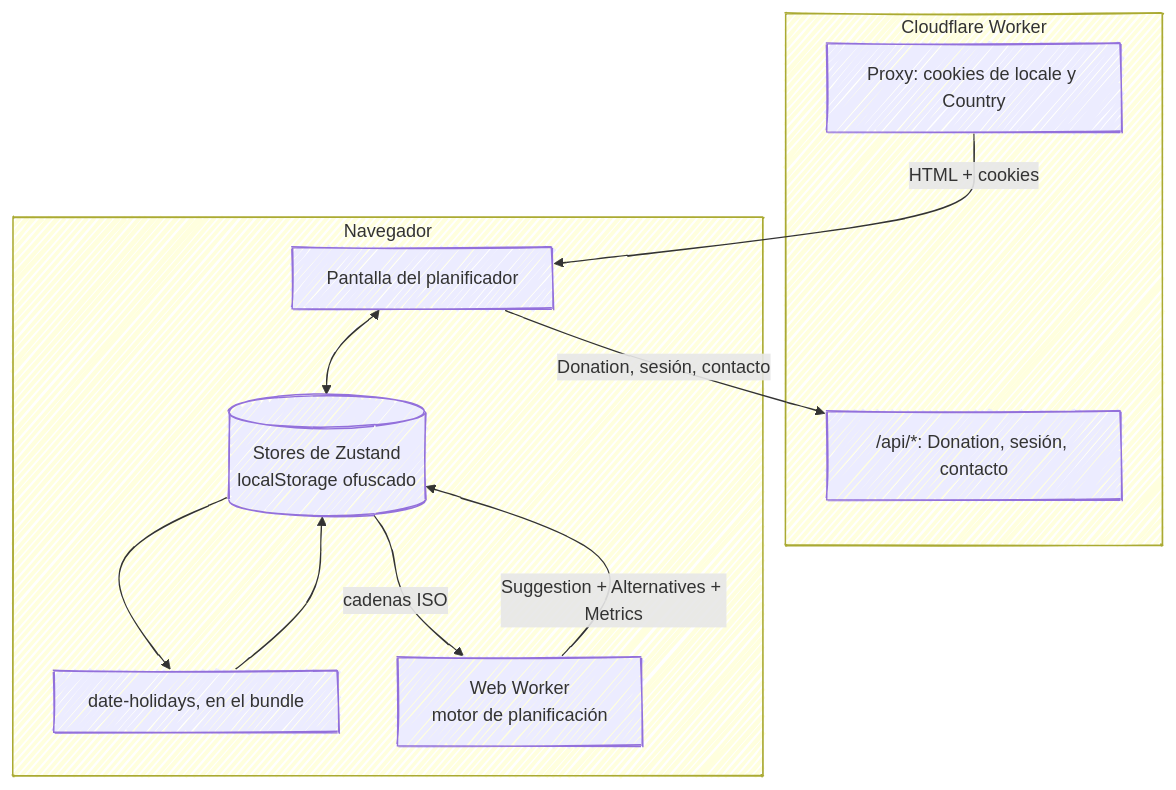
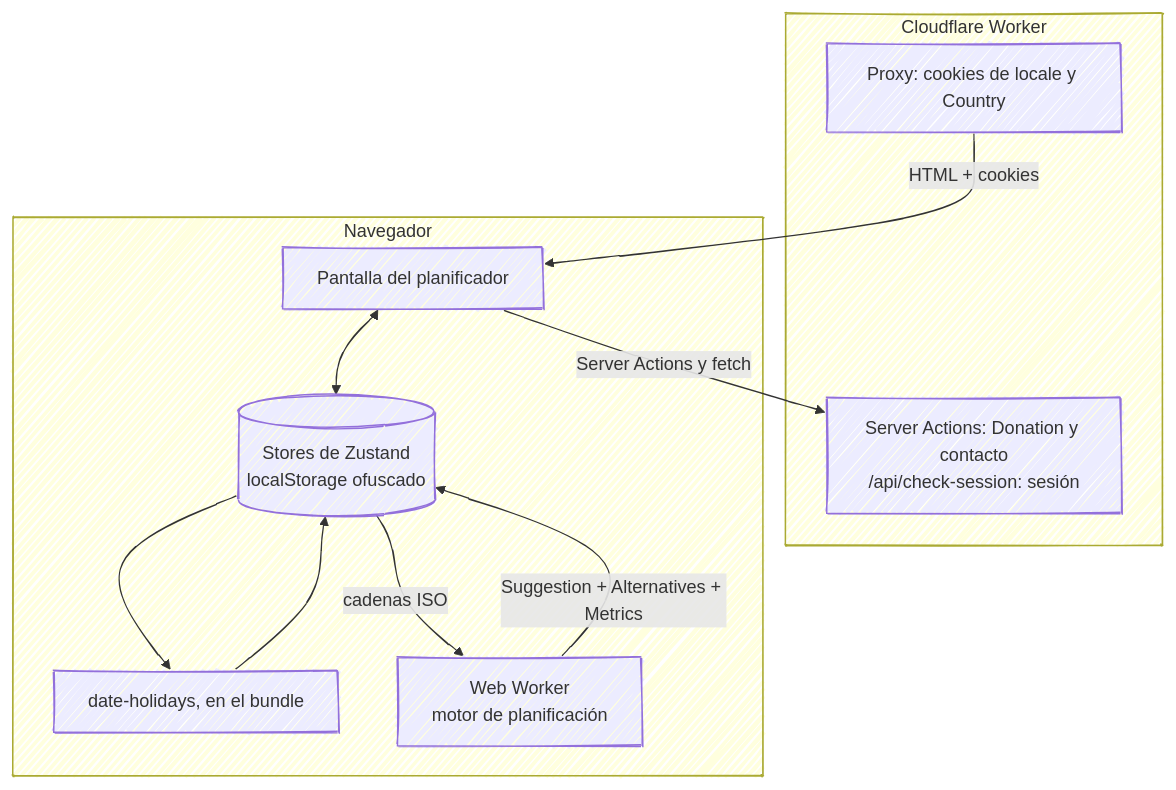
The diagram in apps/docs/src/content/docs/es/index.mdx (fbuireu/forever-pto), drawn with Mermaid before and after one commit. The commit also changed 21 other files, not shown here.

````diff
--- a/apps/docs/src/content/docs/es/index.mdx
+++ b/apps/docs/src/content/docs/es/index.mdx
@@ -27,23 +27,23 @@
 ```mermaid
 ---
 config:
   look: handDrawn
   layout: dagre
 ---
 flowchart TB
   subgraph edge [Cloudflare Worker]
-    PX[Proxy: cookies de locale y Country]
-    API["/api/*: Donation, sesión, contacto"]
+    PX["Proxy: cookies de locale y Country"]
+    API["Server Actions: Donation y contacto<br/>/api/check-session: sesión"]
   end
   subgraph browser [Navegador]
     ST[(Stores de Zustand<br/>localStorage ofuscado)]
     HOL[date-holidays, en el bundle]
     UI[Pantalla del planificador]
     WK[Web Worker<br/>motor de planificación]
   end
   PX -->|HTML + cookies| UI
   UI <--> ST
   ST --> HOL --> ST
   ST -->|cadenas ISO| WK -->|Suggestion + Alternatives + Metrics| ST
-  UI -->|Donation, sesión, contacto| API
+  UI -->|Server Actions y fetch| API
 ```
````
